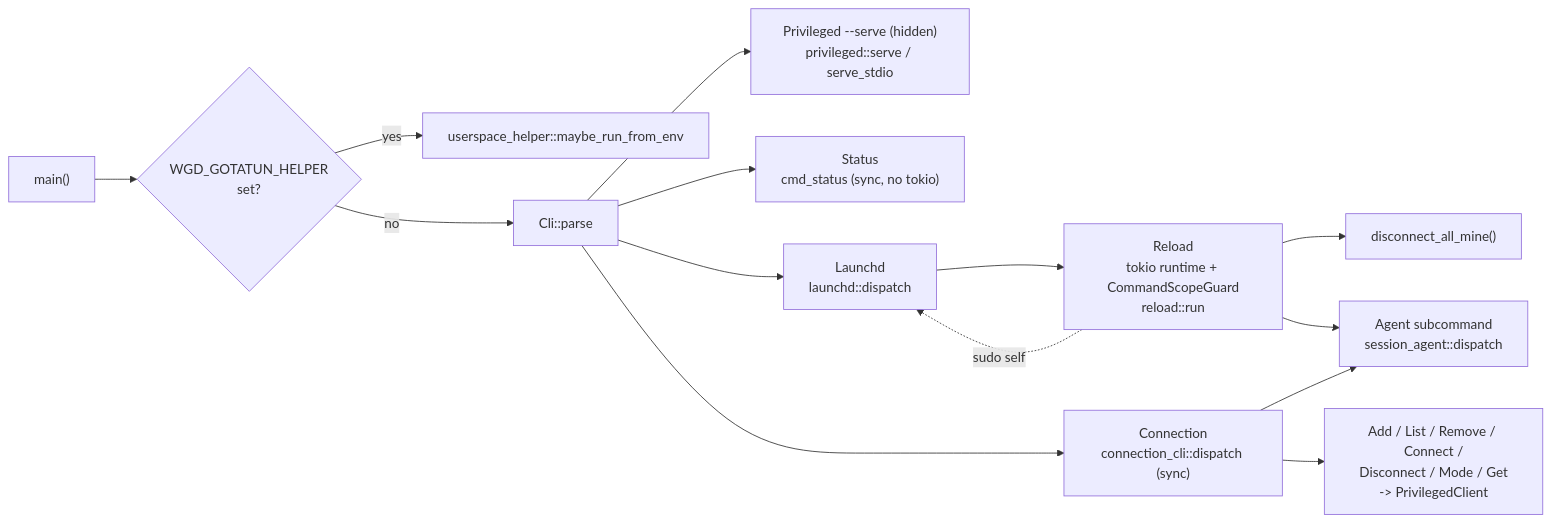
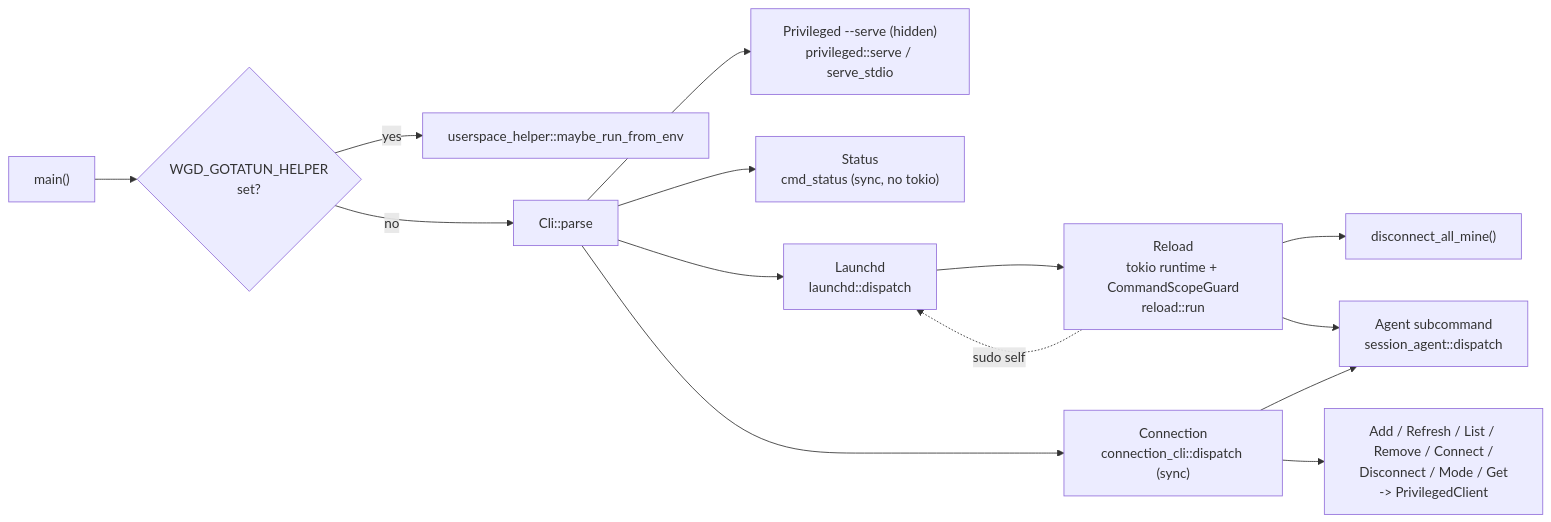
One commit to pansen/macos-wireguard-daemon changed the fourth of 11 diagrams in doc/architecture.md. Above: the diagram before and after it, drawn with Mermaid. The commit also changed other lines of this file and 13 other files, not shown here.

````diff
--- a/doc/architecture.md
+++ b/doc/architecture.md
@@ -226,19 +229,19 @@
 ```mermaid
 flowchart LR
     MAIN["main()"] --> HELPERCHK{"WGD_GOTATUN_HELPER<br/>set?"}
     HELPERCHK -->|yes| UH["userspace_helper::maybe_run_from_env"]
     HELPERCHK -->|no| PARSE["Cli::parse"]
 
     PARSE --> PRIV["Privileged --serve (hidden)<br/>privileged::serve / serve_stdio"]
     PARSE --> STATUS["Status<br/>cmd_status (sync, no tokio)"]
     PARSE --> LAUNCHD["Launchd<br/>launchd::dispatch"]
     PARSE --> CONN["Connection<br/>connection_cli::dispatch (sync)"]
     LAUNCHD --> RELOAD["Reload<br/>tokio runtime + CommandScopeGuard<br/>reload::run"]
 
     CONN --> AGENT["Agent subcommand<br/>session_agent::dispatch"]
-    CONN --> RPC["Add / List / Remove / Connect /<br/>Disconnect / Mode / Get<br/>-> PrivilegedClient"]
+    CONN --> RPC["Add / Refresh / List / Remove / Connect /<br/>Disconnect / Mode / Get<br/>-> PrivilegedClient"]
 
     RELOAD -.->|"sudo self"| LAUNCHD
     RELOAD --> DISCALL["disconnect_all_mine()"]
     RELOAD --> AGENT
 ```
````
